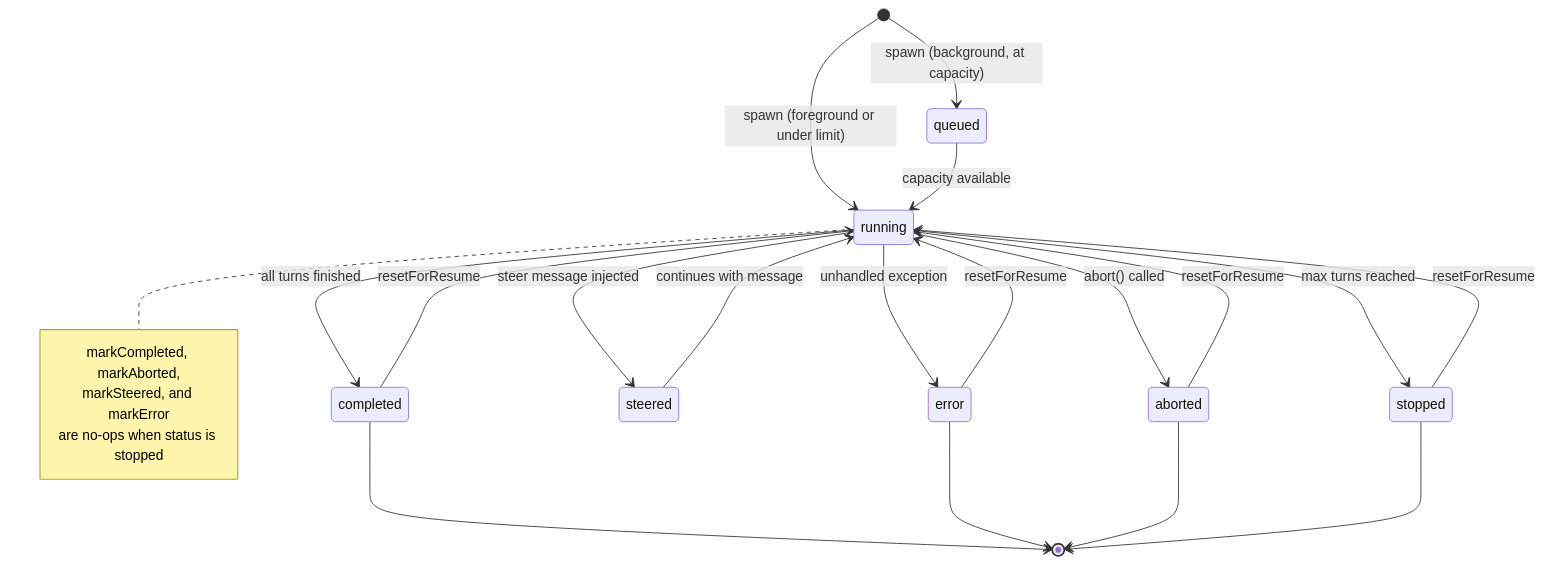
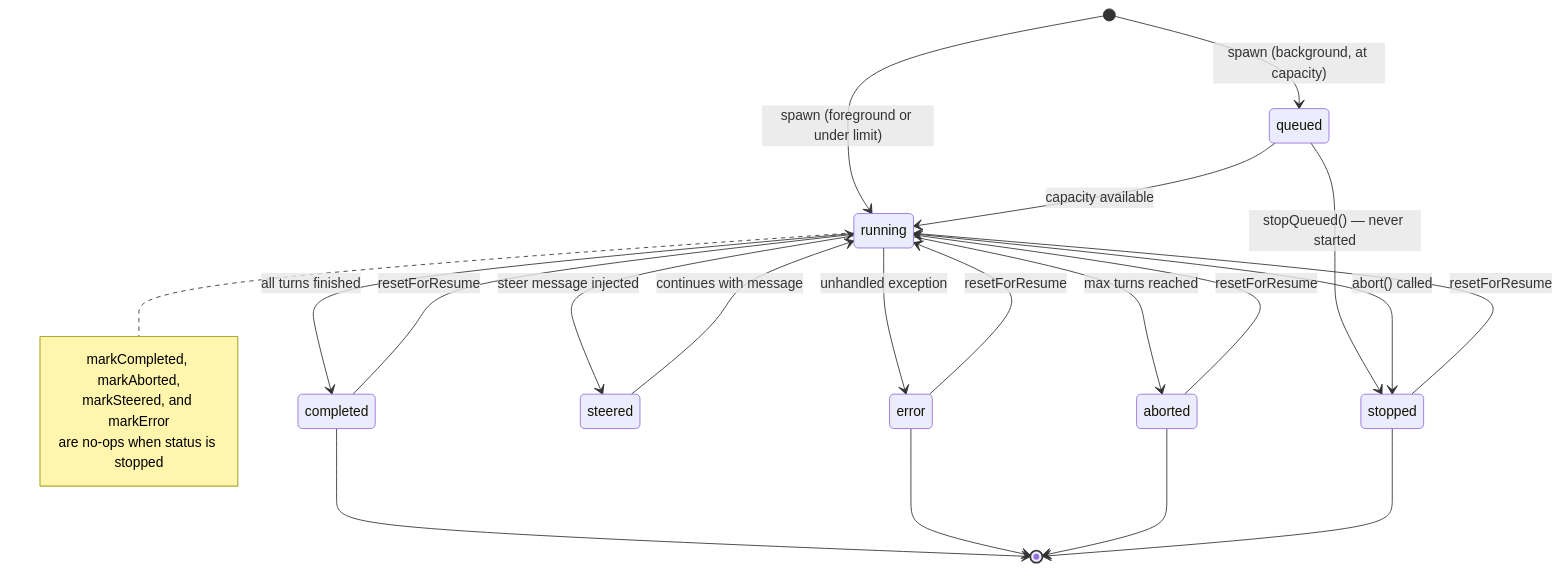
One commit to coderdkai/pi-packages changed the third of 5 diagrams in packages/pi-subagents/docs/architecture/architecture.md. Above: the diagram before and after it, drawn with Mermaid. The commit also changed other lines of this file and 2 other files, not shown here.

Commit message:
docs(pi-subagents): document the stopped-while-queued lifecycle
Add the queued-to-stopped edge to the agent-lifecycle state diagram, note
that stopQueued notifies like the other terminal transitions, and record
that a queued stop still nudges the parent.

Also corrects two swapped diagram labels: abort() marks an agent stopped
and the turn limit marks it aborted, not the reverse. The README status
table already had this right.

````diff
--- a/packages/pi-subagents/docs/architecture/architecture.md
+++ b/packages/pi-subagents/docs/architecture/architecture.md
@@ -217,26 +217,27 @@
 ```mermaid
 stateDiagram-v2
     [*] --> queued : spawn (background, at capacity)
     [*] --> running : spawn (foreground or under limit)
     queued --> running : capacity available
+    queued --> stopped : stopQueued() — never started
     running --> completed : all turns finished
     running --> error : unhandled exception
-    running --> aborted : abort() called
-    running --> stopped : max turns reached
+    running --> aborted : max turns reached
+    running --> stopped : abort() called
     running --> steered : steer message injected
     steered --> running : continues with message
     completed --> running : resetForResume
     stopped --> running : resetForResume
     error --> running : resetForResume
     aborted --> running : resetForResume
     completed --> [*]
     error --> [*]
     aborted --> [*]
     stopped --> [*]
 
     note right of running
         markCompleted, markAborted,
         markSteered, and markError
         are no-ops when status is stopped
     end note
 ```
````
